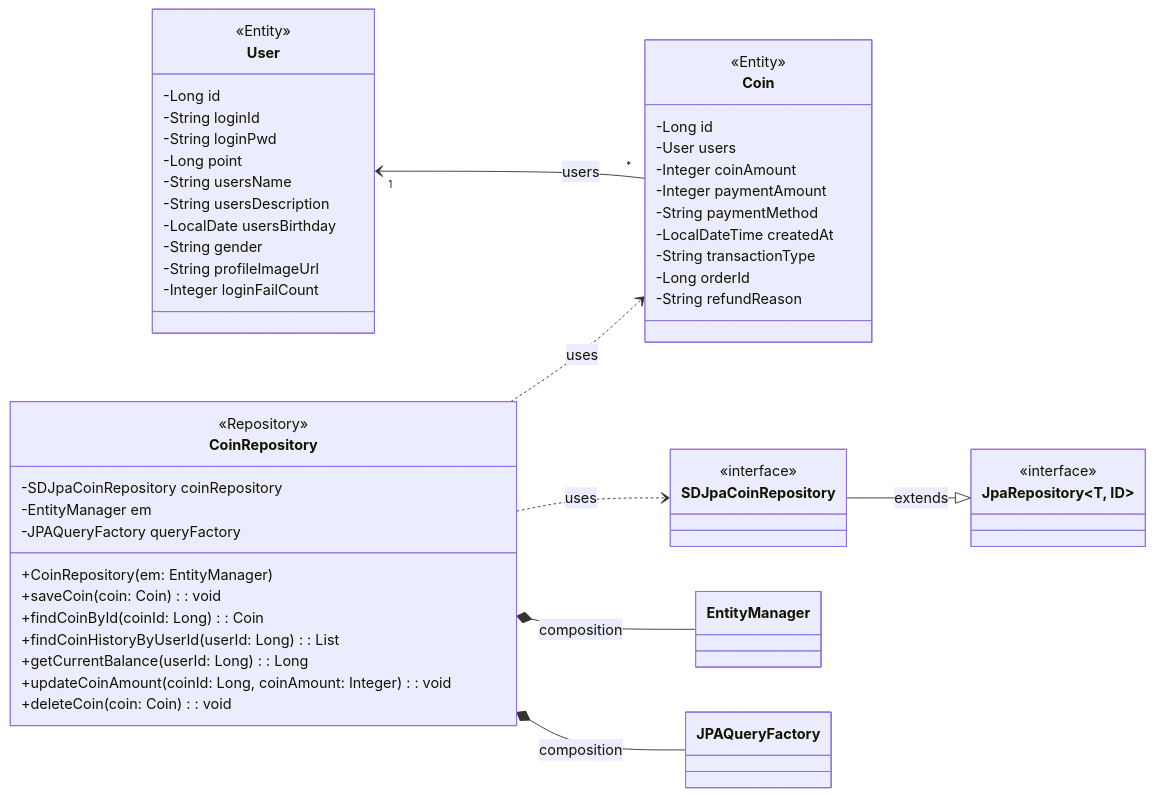
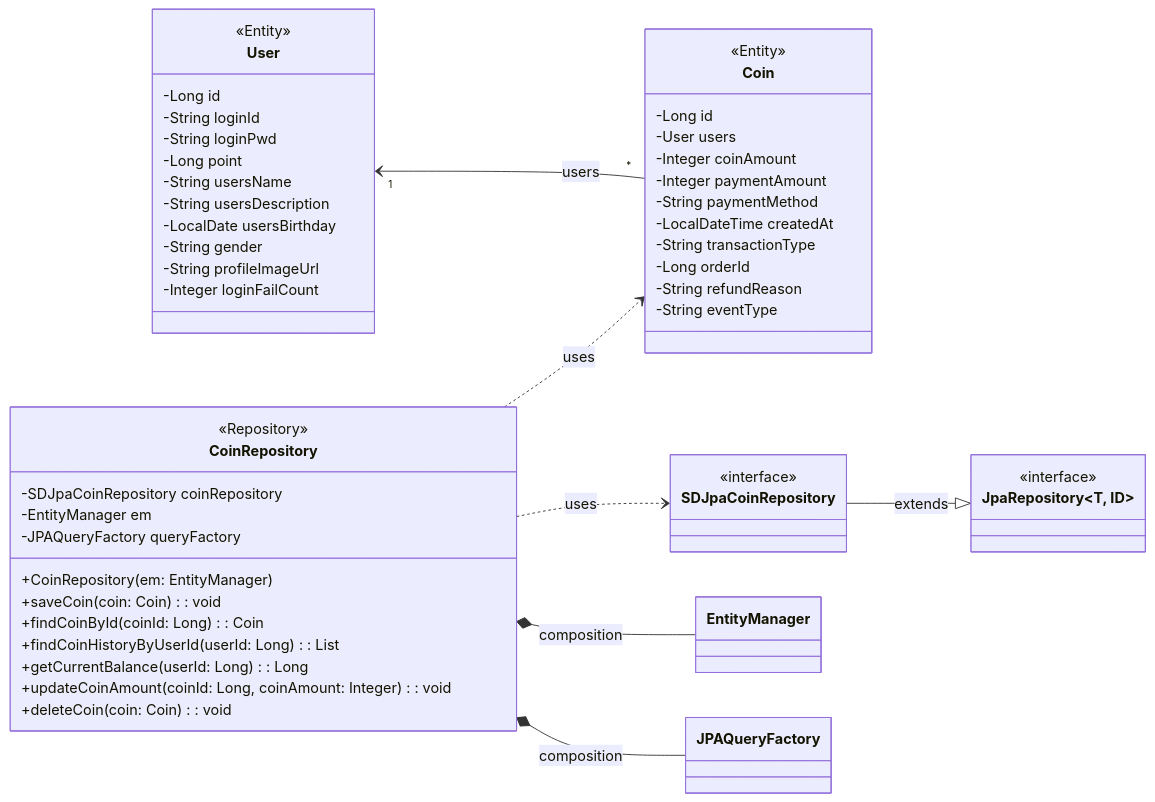
One commit to Wooong-E/game-s-cord changed the diagram in backend/src/main/java/com/example/mvctest/classDiagram/coinDiagram.md. Above: the diagram before and after it, drawn with Mermaid. The commit also changed other lines of this file and 1 other file, not shown here.

Commit message:
feat:프로필 관리, 결제및코인시스템,게임메이트등록, 게임메이트검색 DTO추가 및 user, profile, coin 다이어그램 추가

````diff
--- a/backend/src/main/java/com/example/mvctest/classDiagram/coinDiagram.md
+++ b/backend/src/main/java/com/example/mvctest/classDiagram/coinDiagram.md
@@ -2,68 +2,69 @@
 ```mermaid
 classDiagram
     direction LR
     
     class User {
         <<Entity>>
         -Long id
         -String loginId
         -String loginPwd
         -Long point
         -String usersName
         -String usersDescription
         -LocalDate usersBirthday
         -String gender
         -String profileImageUrl
         -Integer loginFailCount
     }
     
     class Coin {
         <<Entity>>
         -Long id
         -User users
         -Integer coinAmount
         -Integer paymentAmount
         -String paymentMethod
         -LocalDateTime createdAt
         -String transactionType
         -Long orderId
         -String refundReason
+        -String eventType
     }
     
     class CoinRepository {
         <<Repository>>
         -SDJpaCoinRepository coinRepository
         -EntityManager em
         -JPAQueryFactory queryFactory
         +CoinRepository(em: EntityManager)
         +saveCoin(coin: Coin): void
         +findCoinById(coinId: Long): Coin
         +findCoinHistoryByUserId(userId: Long): List<Coin>
         +getCurrentBalance(userId: Long): Long
         +updateCoinAmount(coinId: Long, coinAmount: Integer): void
         +deleteCoin(coin: Coin): void
     }
 
     class SDJpaCoinRepository {
         <<interface>>
     }
 
     class EntityManager {
     }
 
     class JPAQueryFactory {
     }
 
     class JpaRepository~T, ID~ {
         <<interface>>
     }
 
     %% Relationships
     SDJpaCoinRepository --|> JpaRepository : extends
     CoinRepository ..> SDJpaCoinRepository : uses
     CoinRepository *-- EntityManager : composition
     CoinRepository *-- JPAQueryFactory : composition
     CoinRepository ..> Coin : uses
     User "1" <-- "*" Coin : users
 
 ```
````
